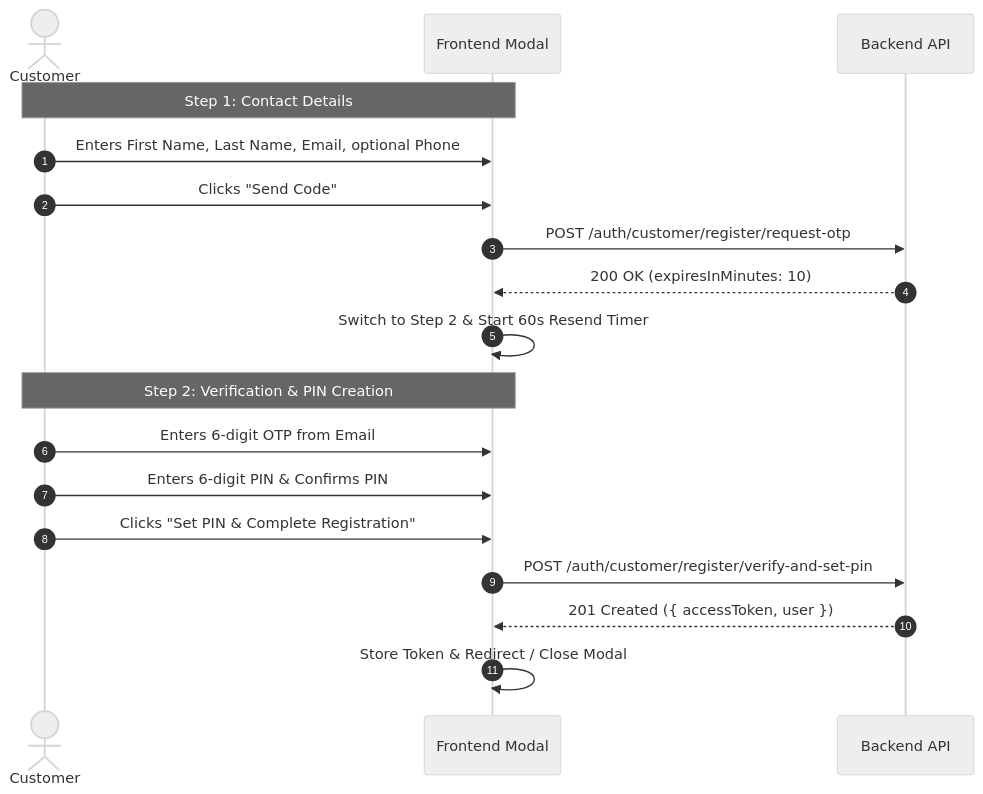
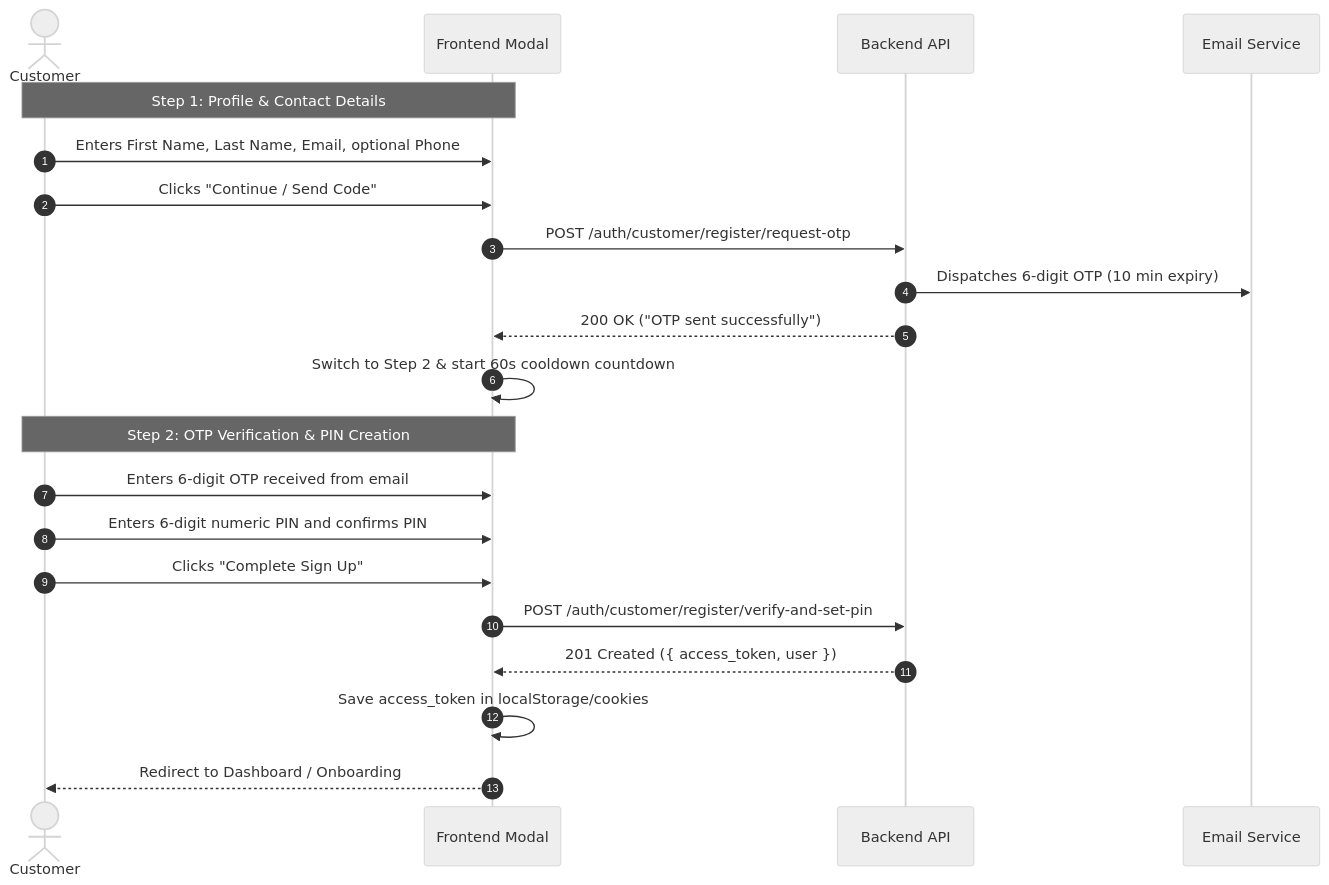
Before and after one commit to Synergyfy/Vemtap: the diagram in docs/customer-auth-pin-frontend-guide.md, drawn with Mermaid (neutral theme). The commit also changed other lines of this file, not shown here.

Commit message:
docs(auth): rewrite customer auth & PIN frontend integration guide with updated fields and snippets

````diff
--- a/docs/customer-auth-pin-frontend-guide.md
+++ b/docs/customer-auth-pin-frontend-guide.md
@@ -291,22 +305,25 @@
 ```mermaid
 sequenceDiagram
     autonumber
-    actor User as Customer
-    participant UI as Frontend Modal
+    actor Customer
+    participant Modal as Frontend Modal
     participant API as Backend API
+    participant Mail as Email Service
 
-    Note over User,UI: Step 1: Contact Details
-    User->>UI: Enters First Name, Last Name, Email, optional Phone
-    User->>UI: Clicks "Send Code"
-    UI->>API: POST /auth/customer/register/request-otp
-    API-->>UI: 200 OK (expiresInMinutes: 10)
-    UI->>UI: Switch to Step 2 & Start 60s Resend Timer
+    Note over Customer,Modal: Step 1: Profile & Contact Details
+    Customer->>Modal: Enters First Name, Last Name, Email, optional Phone
+    Customer->>Modal: Clicks "Continue / Send Code"
+    Modal->>API: POST /auth/customer/register/request-otp
+    API->>Mail: Dispatches 6-digit OTP (10 min expiry)
+    API-->>Modal: 200 OK ("OTP sent successfully")
+    Modal->>Modal: Switch to Step 2 & start 60s cooldown countdown
 
-    Note over User,UI: Step 2: Verification & PIN Creation
-    User->>UI: Enters 6-digit OTP from Email
-    User->>UI: Enters 6-digit PIN & Confirms PIN
-    User->>UI: Clicks "Set PIN & Complete Registration"
-    UI->>API: POST /auth/customer/register/verify-and-set-pin
-    API-->>UI: 201 Created ({ accessToken, user })
-    UI->>UI: Store Token & Redirect / Close Modal
+    Note over Customer,Modal: Step 2: OTP Verification & PIN Creation
+    Customer->>Modal: Enters 6-digit OTP received from email
+    Customer->>Modal: Enters 6-digit numeric PIN and confirms PIN
+    Customer->>Modal: Clicks "Complete Sign Up"
+    Modal->>API: POST /auth/customer/register/verify-and-set-pin
+    API-->>Modal: 201 Created ({ access_token, user })
+    Modal->>Modal: Save access_token in localStorage/cookies
+    Modal-->>Customer: Redirect to Dashboard / Onboarding
 ```
````
